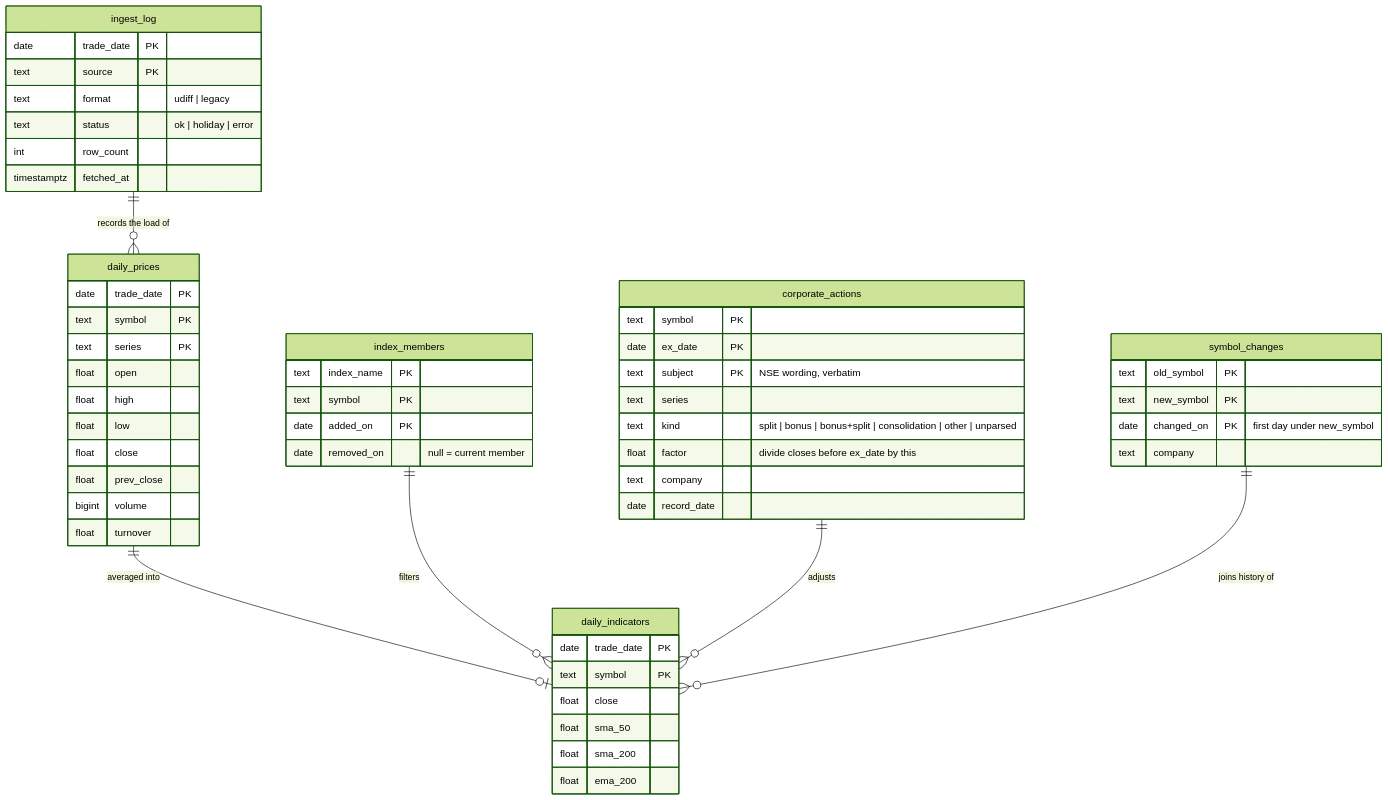
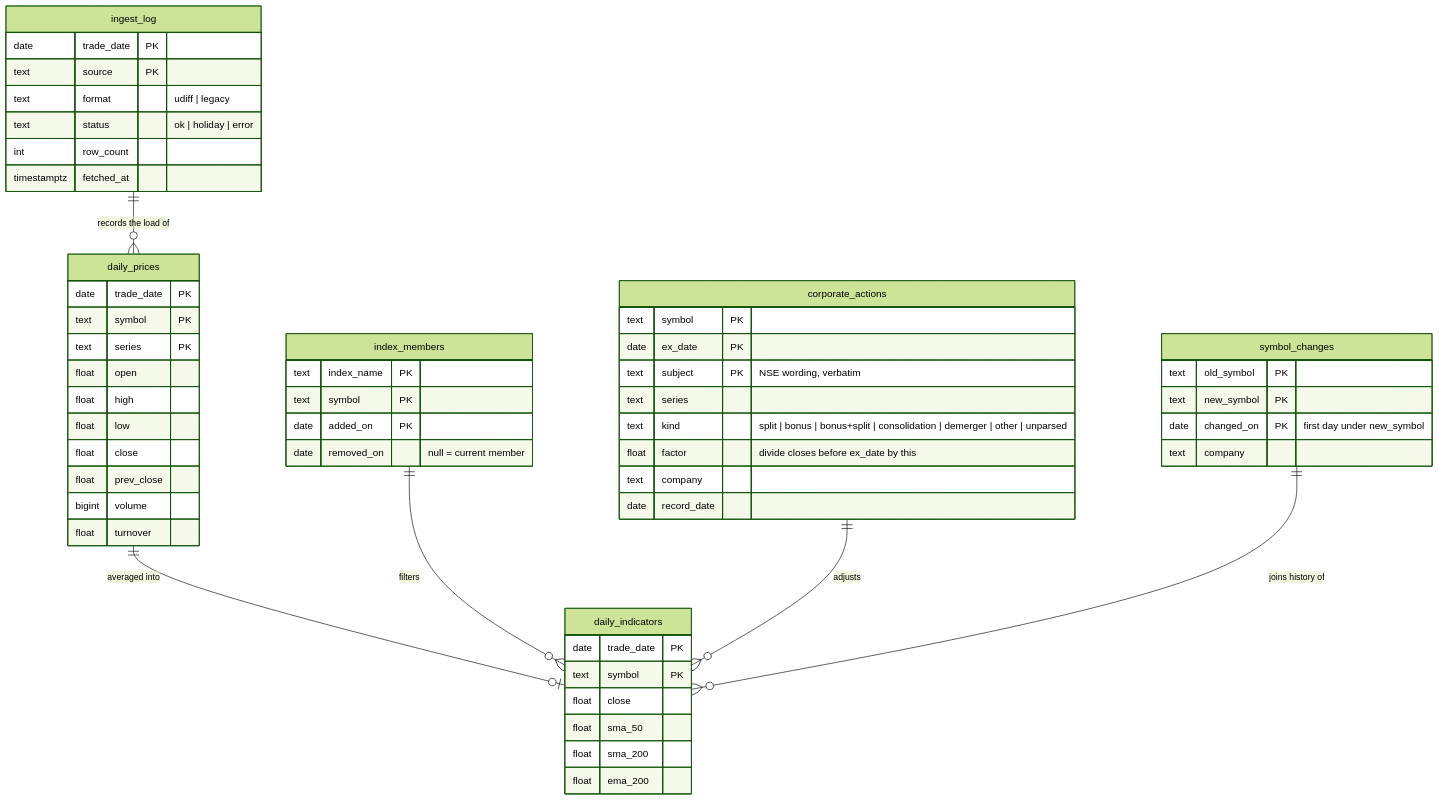
Before and after one commit to abhinav2525/TradeSence: the third of 3 diagrams in README.md, drawn with Mermaid (forest theme). The commit also changed other lines of this file and 11 other files, not shown here.

````diff
--- a/README.md
+++ b/README.md
@@ -122,58 +122,58 @@
 ```mermaid
 erDiagram
     daily_prices {
         date trade_date PK
         text symbol PK
         text series PK
         float open
         float high
         float low
         float close
         float prev_close
         bigint volume
         float turnover
     }
     index_members {
         text index_name PK
         text symbol PK
         date added_on PK
         date removed_on "null = current member"
     }
     daily_indicators {
         date trade_date PK
         text symbol PK
         float close
         float sma_50
         float sma_200
         float ema_200
     }
     corporate_actions {
         text symbol PK
         date ex_date PK
         text subject PK "NSE wording, verbatim"
         text series
-        text kind "split | bonus | bonus+split | consolidation | other | unparsed"
+        text kind "split | bonus | bonus+split | consolidation | demerger | other | unparsed"
         float factor "divide closes before ex_date by this"
         text company
         date record_date
     }
     symbol_changes {
         text old_symbol PK
         text new_symbol PK
         date changed_on PK "first day under new_symbol"
         text company
     }
     ingest_log {
         date trade_date PK
         text source PK
         text format "udiff | legacy"
         text status "ok | holiday | error"
         int row_count
         timestamptz fetched_at
     }
     daily_prices ||--o| daily_indicators : "averaged into"
     index_members ||--o{ daily_indicators : "filters"
     corporate_actions ||--o{ daily_indicators : "adjusts"
     symbol_changes ||--o{ daily_indicators : "joins history of"
     ingest_log ||--o{ daily_prices : "records the load of"
 ```
````
